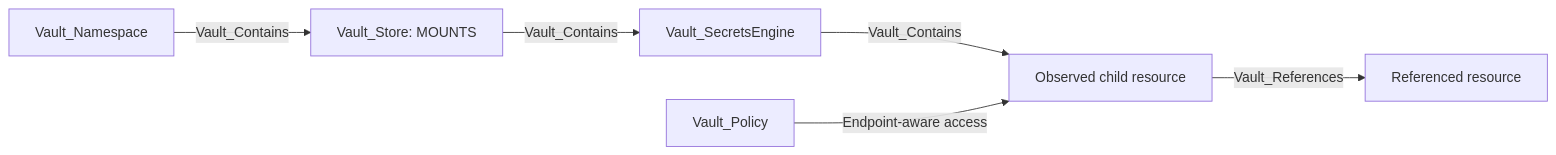
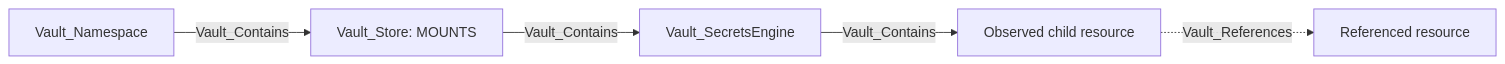
The first of 29 diagrams in Documentation/stores/MOUNTS.md (bytewreck/opengraph-vault), drawn with Mermaid before and after one commit. The commit also changed other lines of this file and 3 other files, not shown here.

````diff
--- a/Documentation/stores/MOUNTS.md
+++ b/Documentation/stores/MOUNTS.md
@@ -7,8 +7,7 @@
 ```mermaid
 flowchart LR
     namespace[Vault_Namespace] -->|Vault_Contains| store[Vault_Store: MOUNTS]
     store -->|Vault_Contains| mount[Vault_SecretsEngine]
     mount -->|Vault_Contains| object[Observed child resource]
-    object -->|Vault_References| dependency[Referenced resource]
-    policy[Vault_Policy] -->|Endpoint-aware access| object
+    object -.->|Vault_References| dependency[Referenced resource]
 ```
````
